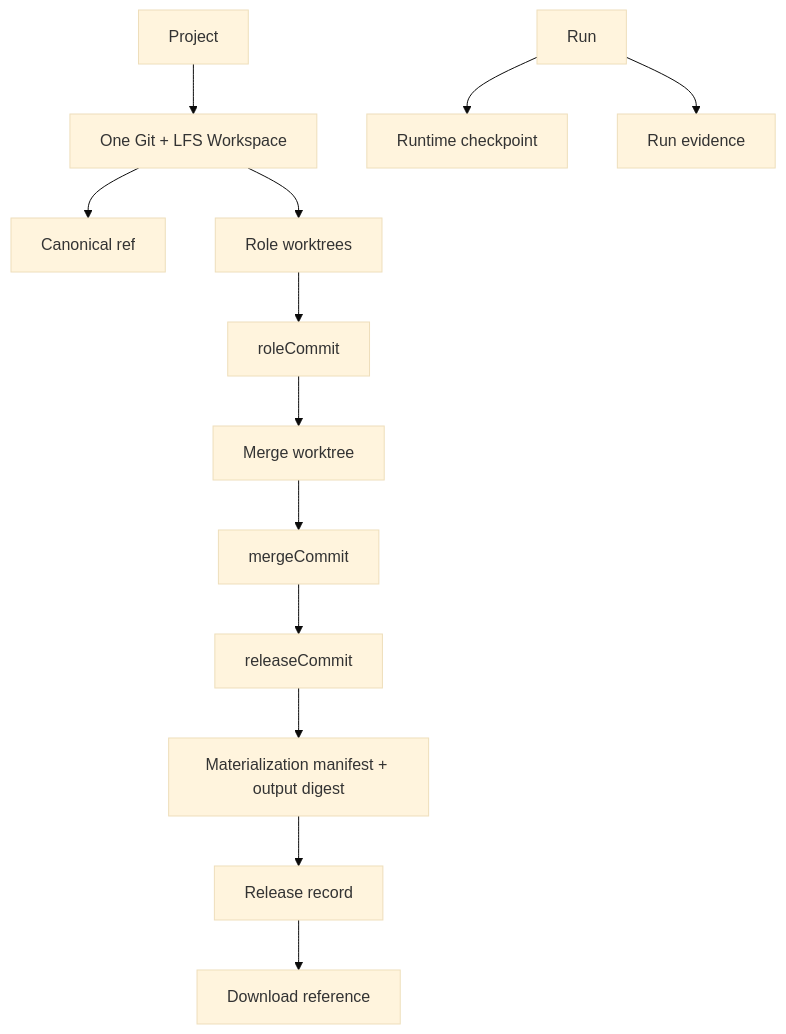
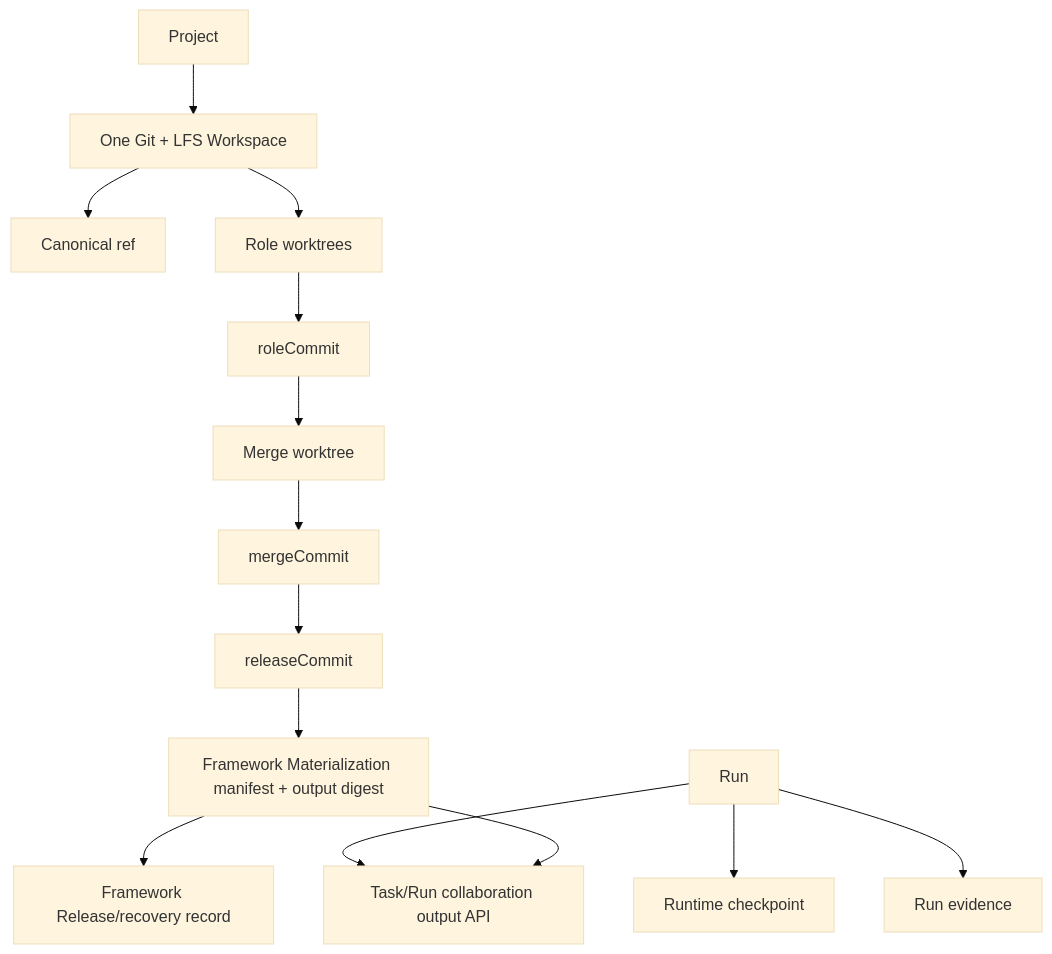
The first of 3 diagrams in docs/development/v2-workspace-collaboration-design-and-acceptance.md (Fredericzhou/ogsystem), drawn with Mermaid (base theme) before and after one commit. The commit also changed other lines of this file and 123 other files, not shown here.

Commit message:
docs: record v2 release evidence and contracts

````diff
--- a/docs/development/v2-workspace-collaboration-design-and-acceptance.md
+++ b/docs/development/v2-workspace-collaboration-design-and-acceptance.md
@@ -70,15 +88,16 @@
 ```mermaid
 flowchart TB
     P[Project] --> W[One Git + LFS Workspace]
     W --> C[Canonical ref]
     W --> WT[Role worktrees]
     WT --> RC[roleCommit]
     RC --> M[Merge worktree]
     M --> MC[mergeCommit]
     MC --> RLC[releaseCommit]
     R[Run] --> CP[Runtime checkpoint]
     R --> E[Run evidence]
-    RLC --> MAT[Materialization manifest + output digest]
-    MAT --> REL[Release record]
-    REL --> D[Download reference]
+    RLC --> MAT[Framework Materialization manifest + output digest]
+    MAT --> REL[Framework Release/recovery record]
+    R --> OUT[Task/Run collaboration output API]
+    MAT --> OUT
 ```
````
